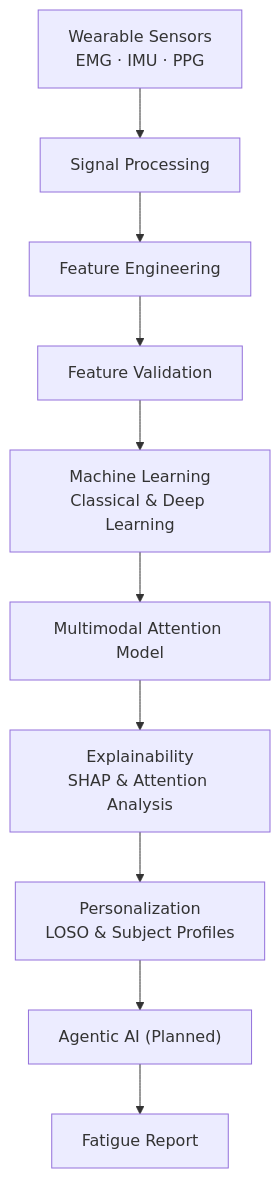
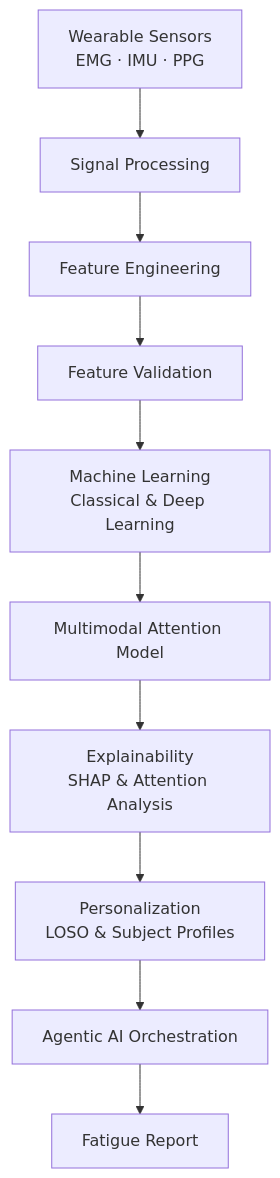
One commit to Sangamithraa077/Agentic-Fatigue-Fingerprinting changed the first of 2 diagrams in README.md. Above: the diagram before and after it, drawn with Mermaid. The commit also changed other lines of this file, not shown here.

Commit message:
docs(readme): document Phase 13 agentic layer, REST API, and dashboard

````diff
--- a/README.md
+++ b/README.md
@@ -46,12 +48,12 @@
 ```mermaid
 flowchart TD
     A[Wearable Sensors<br/>EMG · IMU · PPG] --> B[Signal Processing]
     B --> C[Feature Engineering]
     C --> D[Feature Validation]
     D --> E[Machine Learning<br/>Classical & Deep Learning]
     E --> F[Multimodal Attention Model]
     F --> G[Explainability<br/>SHAP & Attention Analysis]
     G --> H[Personalization<br/>LOSO & Subject Profiles]
-    H --> I["Agentic AI (Planned)"]
+    H --> I[Agentic AI Orchestration]
     I --> J[Fatigue Report]
 ```
````
